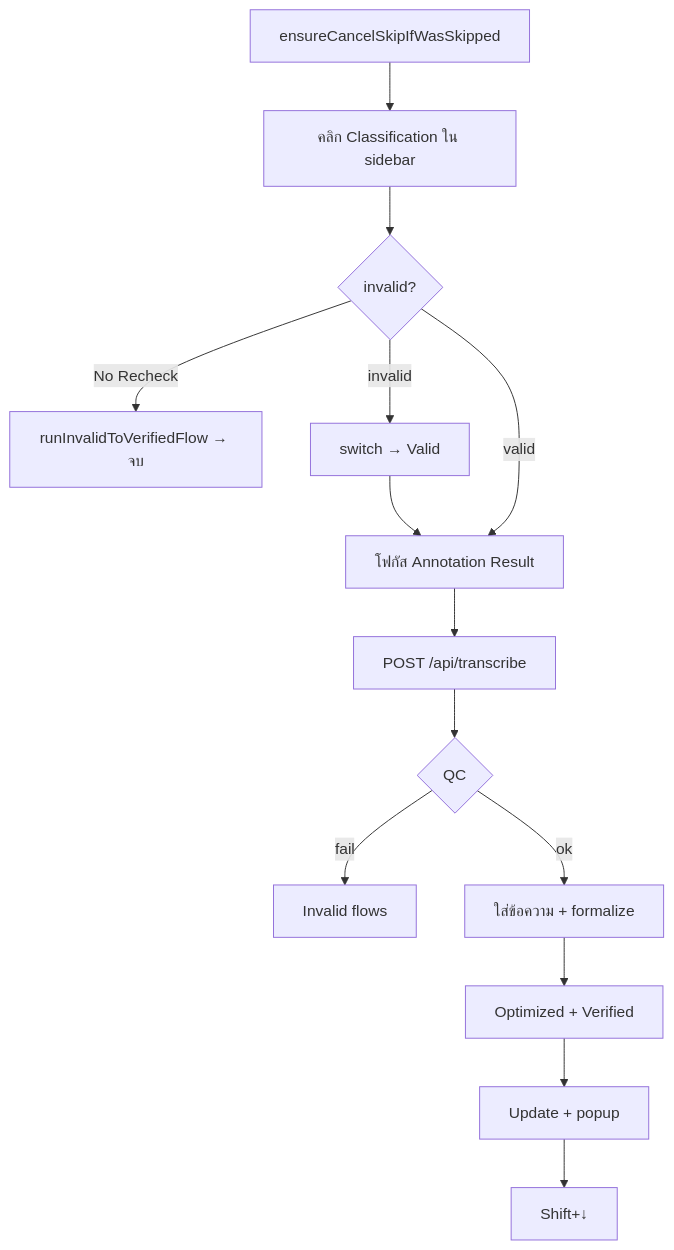
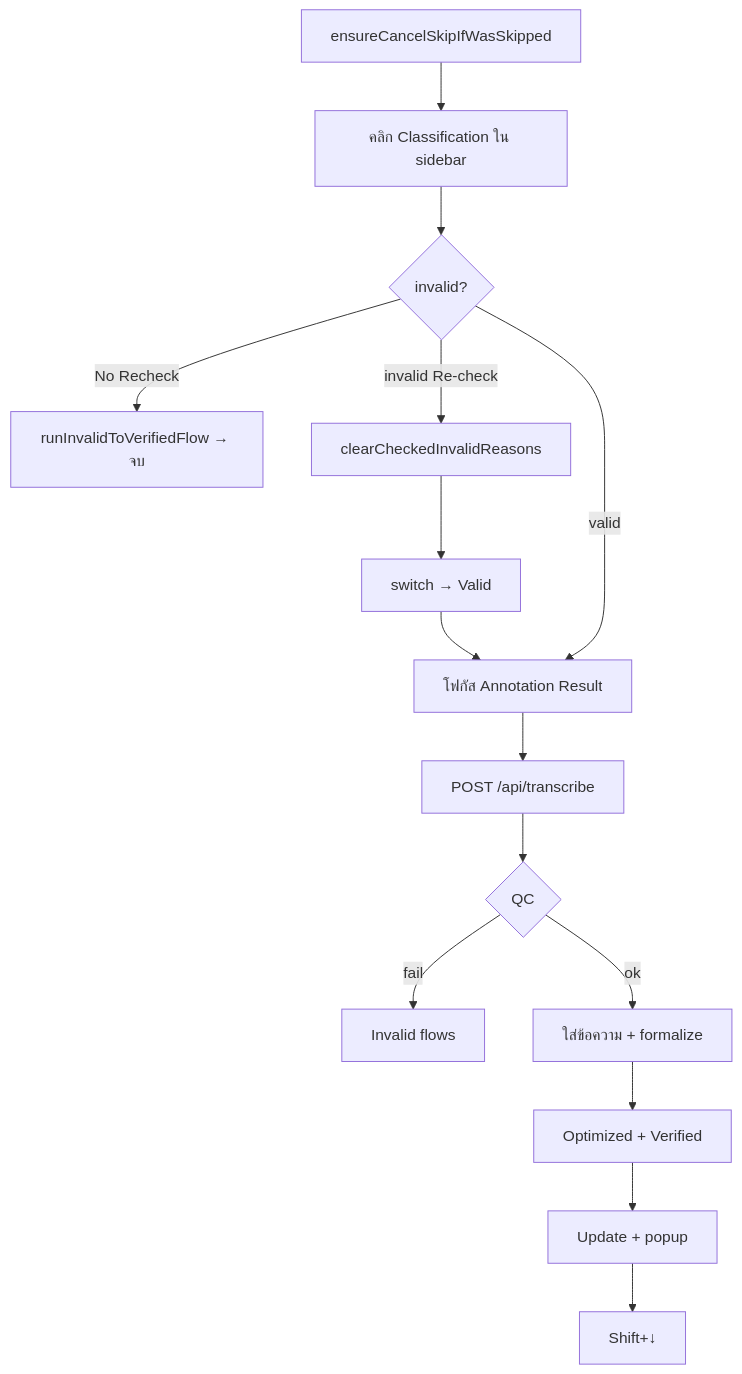
Before and after one commit to aemilia1962/DingTag_Automatron_Alternative: the sixth of 7 diagrams in .cursor/skills/dingtag-project/flows.md, drawn with Mermaid. The commit also changed other lines of this file and 5 other files, not shown here.

````diff
--- a/.cursor/skills/dingtag-project/flows.md
+++ b/.cursor/skills/dingtag-project/flows.md
@@ -351,16 +351,17 @@
 ```mermaid
 flowchart TD
     START[ensureCancelSkipIfWasSkipped] --> CLS[คลิก Classification ใน sidebar]
     CLS --> INVCHK{invalid?}
     INVCHK -->|No Recheck| INVP[runInvalidToVerifiedFlow → จบ]
-    INVCHK -->|invalid| SW[switch → Valid]
+    INVCHK -->|invalid Re-check| CLR[clearCheckedInvalidReasons]
+    CLR --> SW[switch → Valid]
     SW --> TA
     INVCHK -->|valid| TA[โฟกัส Annotation Result]
     TA --> API[POST /api/transcribe]
     API --> QC{QC}
     QC -->|fail| INVSUB[Invalid flows]
     QC -->|ok| FILL[ใส่ข้อความ + formalize]
     FILL --> REV[Optimized + Verified]
     REV --> UPD[Update + popup]
     UPD --> NEXT[Shift+↓]
 ```
````
